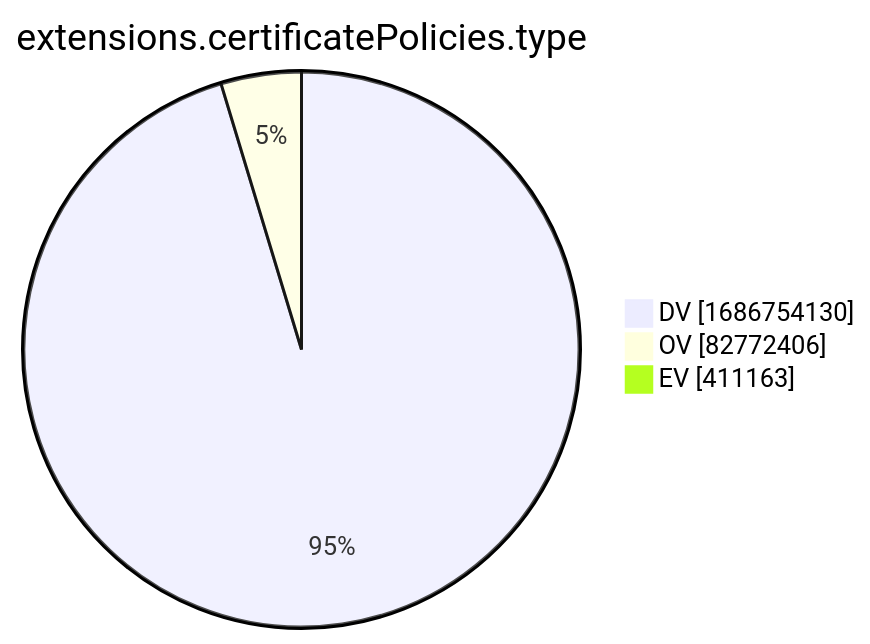
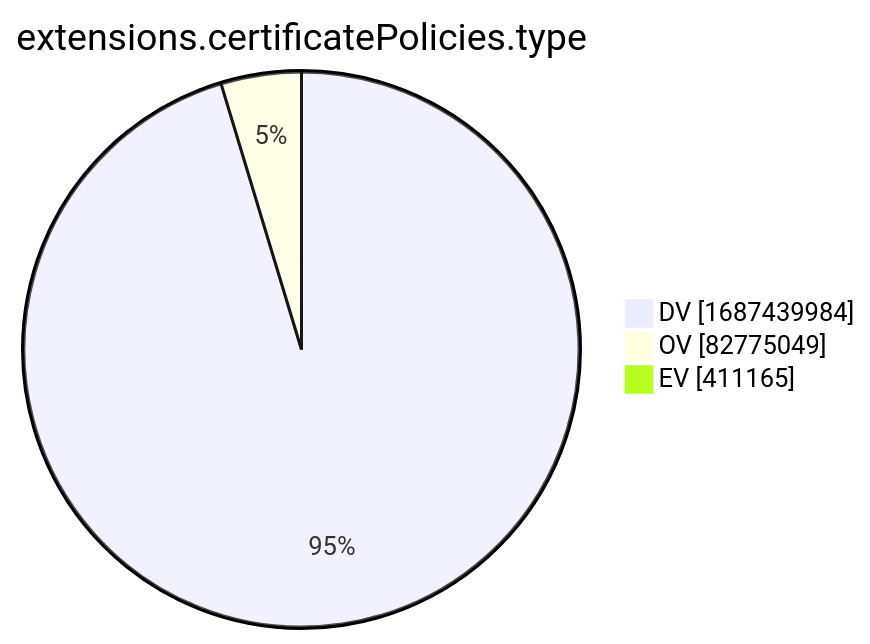
Before and after one commit to christiankrug/ctmonitor_visualization: the tenth of 15 diagrams in xenon2022/README.md, drawn with Mermaid. The commit also changed other lines of this file, not shown here.

````diff
--- a/xenon2022/README.md
+++ b/xenon2022/README.md
@@ -2881,7 +2881,7 @@
 ```mermaid
 pie showData
 title extensions.certificatePolicies.type
-"DV" :1686754130
-"OV" :82772406
-"EV" :411163
+"DV" :1687439984
+"OV" :82775049
+"EV" :411165
 ```
````
